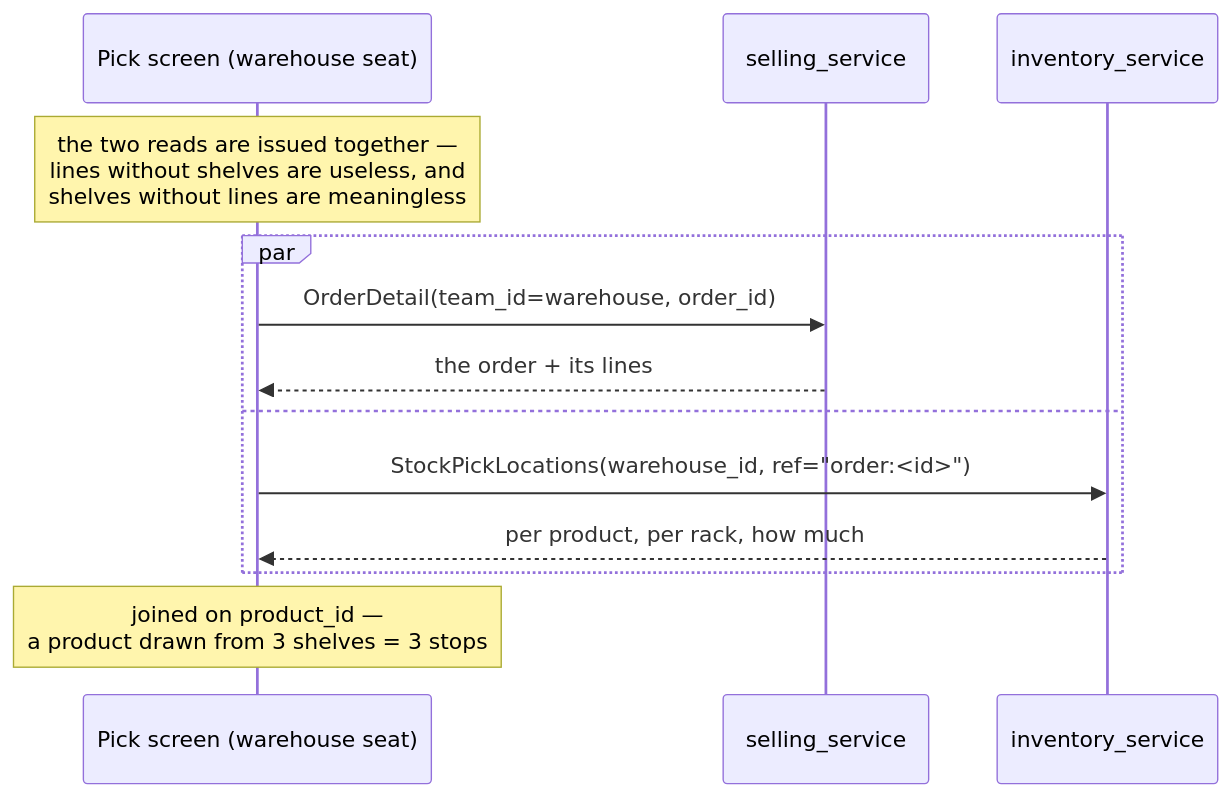
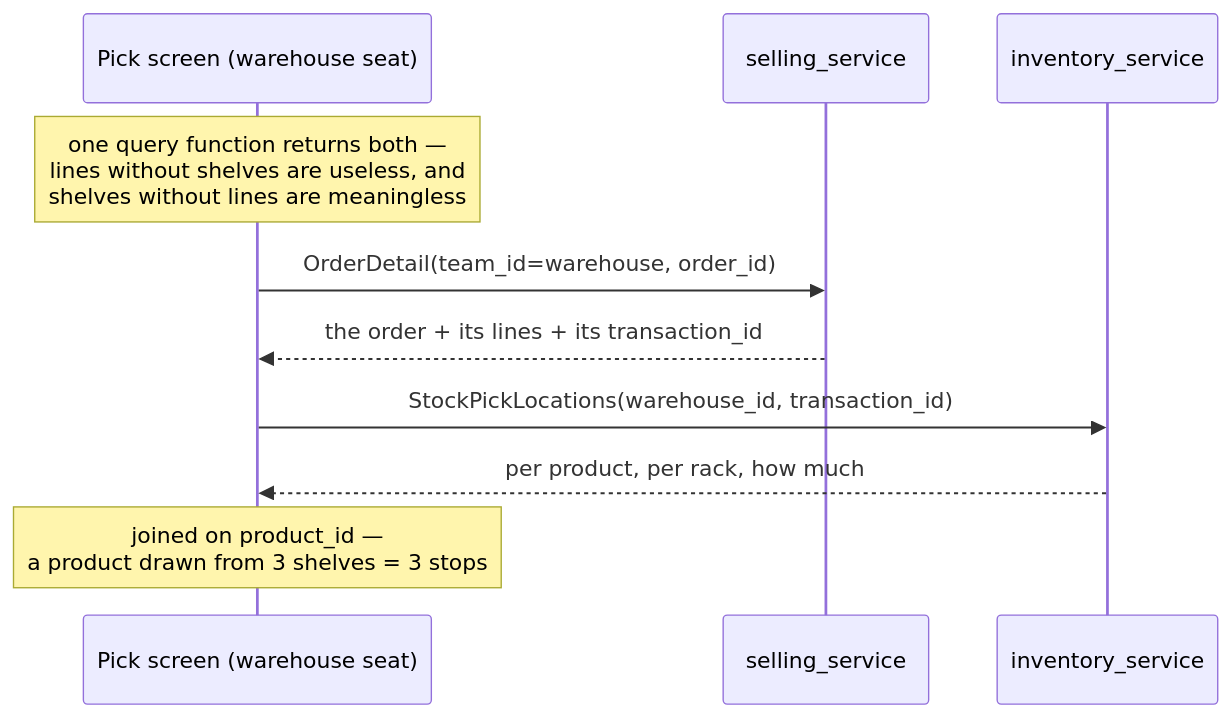
Diagram 13 of 25 in docs/services/selling_service/rpc.md (pdcgo/warehouse_revamp), drawn with Mermaid before and after one commit. The commit also changed other lines of this file and 124 other files, not shown here.

````diff
--- a/docs/services/selling_service/rpc.md
+++ b/docs/services/selling_service/rpc.md
@@ -452,17 +607,14 @@
 ```mermaid
 sequenceDiagram
     participant UI as Pick screen (warehouse seat)
     participant S as selling_service
     participant I as inventory_service
 
-    Note over UI: the two reads are issued together —<br/>lines without shelves are useless, and<br/>shelves without lines are meaningless
-    par
-        UI->>S: OrderDetail(team_id=warehouse, order_id)
-        S-->>UI: the order + its lines
-    and
-        UI->>I: StockPickLocations(warehouse_id, ref="order:<id>")
-        I-->>UI: per product, per rack, how much
-    end
+    Note over UI: one query function returns both —<br/>lines without shelves are useless, and<br/>shelves without lines are meaningless
+    UI->>S: OrderDetail(team_id=warehouse, order_id)
+    S-->>UI: the order + its lines + its transaction_id
+    UI->>I: StockPickLocations(warehouse_id, transaction_id)
+    I-->>UI: per product, per rack, how much
 
     Note over UI: joined on product_id —<br/>a product drawn from 3 shelves = 3 stops
 ```
````
